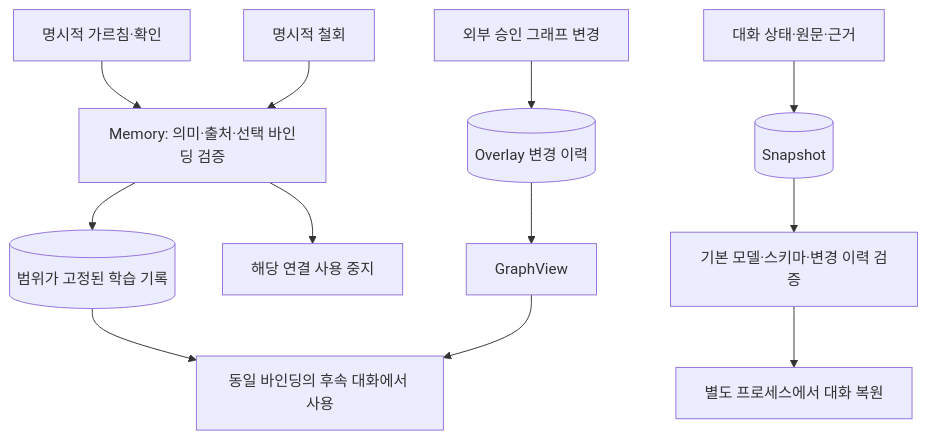
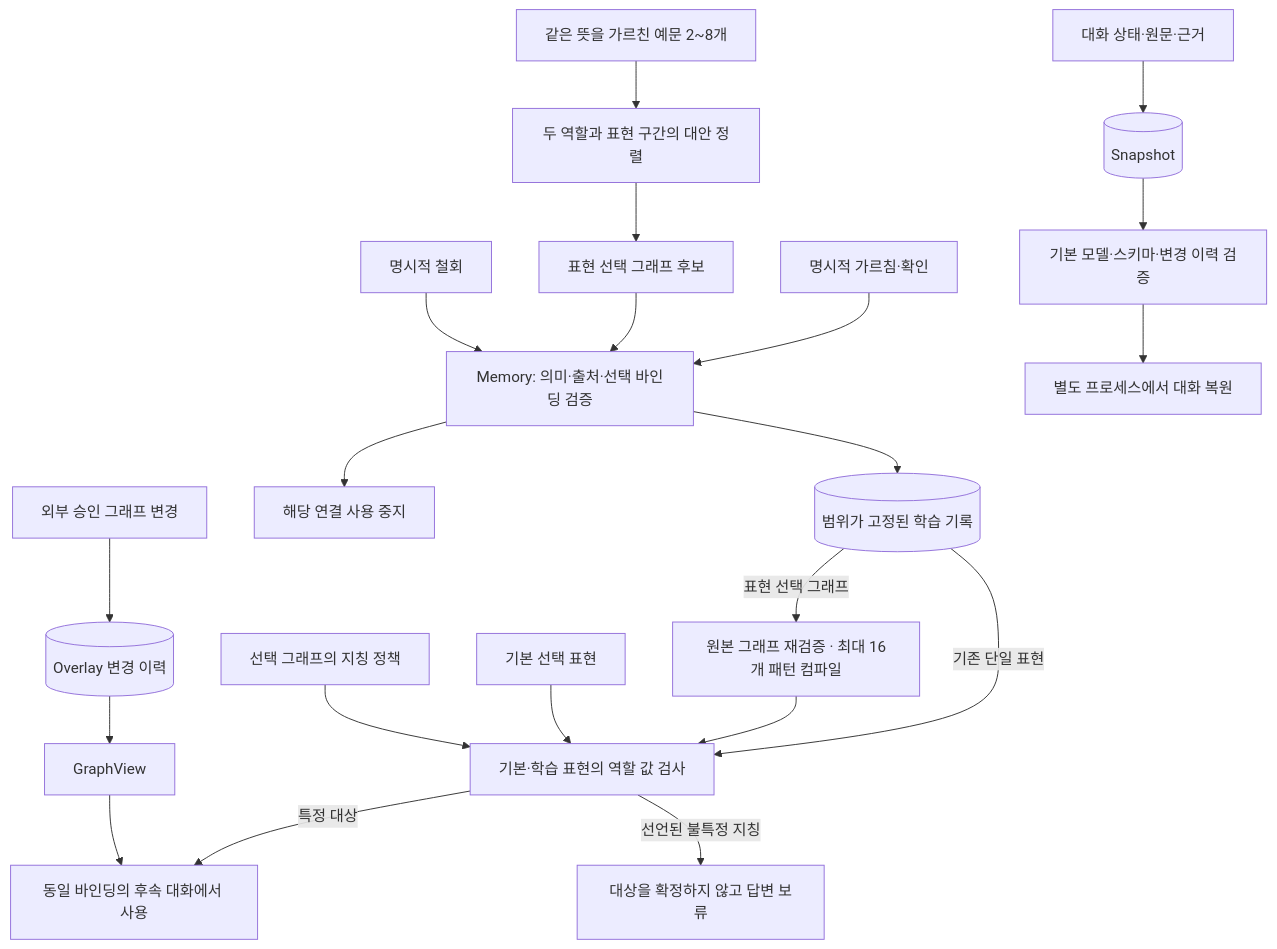
The third of 3 diagrams in README.md (DoTaeIn/Marco), drawn with Mermaid before and after one commit. The commit also changed other lines of this file and 22 other files, not shown here.

Commit message:
Add graph-controlled learning and bounded reasoning paths

````diff
--- a/README.md
+++ b/README.md
@@ -75,16 +132,25 @@
 ```mermaid
 flowchart TD
     Teach["명시적 가르침·확인"] --> Gate["Memory: 의미·출처·선택 바인딩 검증"]
+    Pairs["같은 뜻을 가르친 예문 2~8개"] --> Induce["두 역할과 표현 구간의 대안 정렬"]
+    Induce --> Pattern["표현 선택 그래프 후보"]
+    Pattern --> Gate
     Gate --> Learned[("범위가 고정된 학습 기록")]
-    Learned --> Use["동일 바인딩의 후속 대화에서 사용"]
+    Learned -->|표현 선택 그래프| Compile["원본 그래프 재검증 · 최대 16개 패턴 컴파일"]
+    Learned -->|기존 단일 표현| Roles
+    Compile --> Roles["기본·학습 표현의 역할 값 검사"]
+    Native["기본 선택 표현"] --> Roles
+    RefPolicy["선택 그래프의 지칭 정책"] --> Roles
+    Roles -->|특정 대상| Use["동일 바인딩의 후속 대화에서 사용"]
+    Roles -->|선언된 불특정 지칭| Hold["대상을 확정하지 않고 답변 보류"]
     Withdraw["명시적 철회"] --> Gate
     Gate --> Disabled["해당 연결 사용 중지"]
 
     Approved["외부 승인 그래프 변경"] --> Store[("Overlay 변경 이력")]
     Store --> View["GraphView"]
     View --> Use
 
     Session["대화 상태·원문·근거"] --> Snap[("Snapshot")]
     Snap --> Verify["기본 모델·스키마·변경 이력 검증"]
     Verify --> Resume["별도 프로세스에서 대화 복원"]
 ```
````
